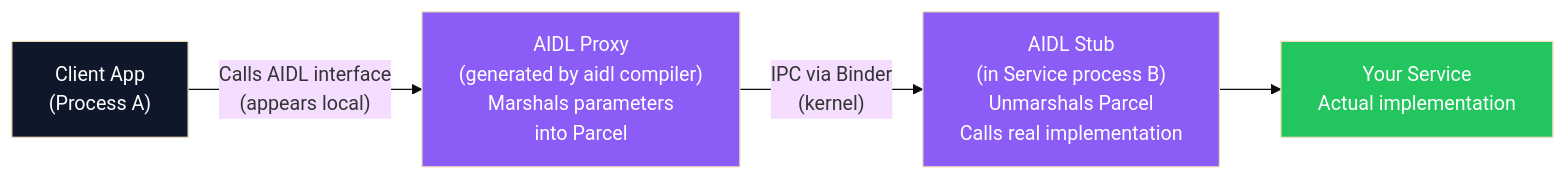
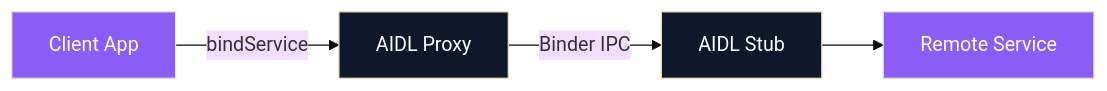
Before and after one commit to rajaghosh/InterviewPrep: the third of 34 diagrams in Architechture-Concepts/Description-Questions2-Complete.md, drawn with Mermaid (base theme). The commit also changed other lines of this file and 240 other files, not shown here.

````diff
--- a/Architechture-Concepts/Description-Questions2-Complete.md
+++ b/Architechture-Concepts/Description-Questions2-Complete.md
@@ -41,11 +94,11 @@
 ```mermaid
 flowchart LR
-    APP["Client App\n(Process A)"] -->|"Calls AIDL interface\n(appears local)"| PROXY["AIDL Proxy\n(generated by aidl compiler)\nMarshals parameters\ninto Parcel"]
-    PROXY -->|"IPC via Binder\n(kernel)"| STUB["AIDL Stub\n(in Service process B)\nUnmarshals Parcel\nCalls real implementation"]
-    STUB --> SERVICE["Your Service\nActual implementation"]
+    Client["Client App"] -->|"bindService"| Proxy["AIDL Proxy"]
+    Proxy -->|"Binder IPC"| Stub["AIDL Stub"]
+    Stub --> Service["Remote Service"]
 
-    style APP fill:#0f172a,color:#fff
-    style PROXY fill:#8b5cf6,color:#fff
-    style STUB fill:#8b5cf6,color:#fff
-    style SERVICE fill:#22c55e,color:#fff
+    classDef api fill:#0f172a,color:#fff
+    classDef proc fill:#8b5cf6,color:#fff
+    class Proxy,Stub api
+    class Client,Service proc
 ```
````
